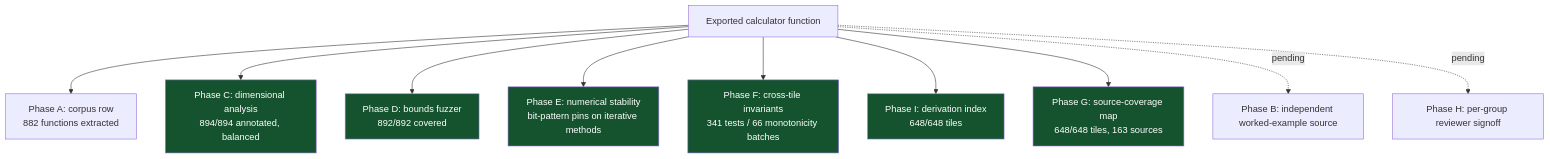
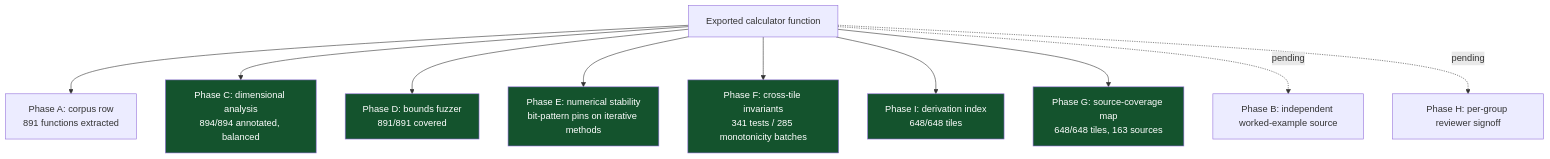
The sixth of 8 diagrams in README.md (clay-good/roughlogic.com), drawn with Mermaid before and after one commit. The commit also changed other lines of this file and 1 other file, not shown here.

First line of the commit message:
docs: resync ungated figures to live 648-tile catalog; verify mobile floor

````diff
--- a/README.md
+++ b/README.md
@@ -474,18 +474,18 @@
 ```mermaid
 flowchart TB
-    F[Exported calculator function] --> A[Phase A: corpus row\n882 functions extracted]
+    F[Exported calculator function] --> A[Phase A: corpus row\n891 functions extracted]
     F --> C[Phase C: dimensional analysis\n894/894 annotated, balanced]
-    F --> D[Phase D: bounds fuzzer\n892/892 covered]
+    F --> D[Phase D: bounds fuzzer\n891/891 covered]
     F --> E[Phase E: numerical stability\nbit-pattern pins on iterative methods]
-    F --> Fa[Phase F: cross-tile invariants\n341 tests / 66 monotonicity batches]
+    F --> Fa[Phase F: cross-tile invariants\n341 tests / 285 monotonicity batches]
     F --> I[Phase I: derivation index\n648/648 tiles]
     F --> G[Phase G: source-coverage map\n648/648 tiles, 163 sources]
     F -.pending.-> B[Phase B: independent worked-example source]
     F -.pending.-> H[Phase H: per-group reviewer signoff]
     style C fill:#14532d,color:#fff
     style D fill:#14532d,color:#fff
     style E fill:#14532d,color:#fff
     style Fa fill:#14532d,color:#fff
     style G fill:#14532d,color:#fff
     style I fill:#14532d,color:#fff
 ```
````
